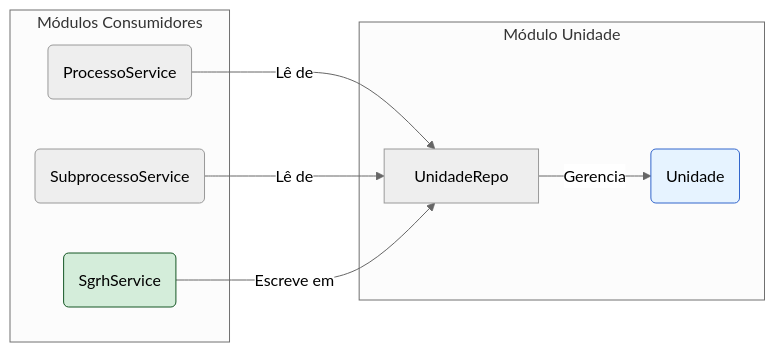
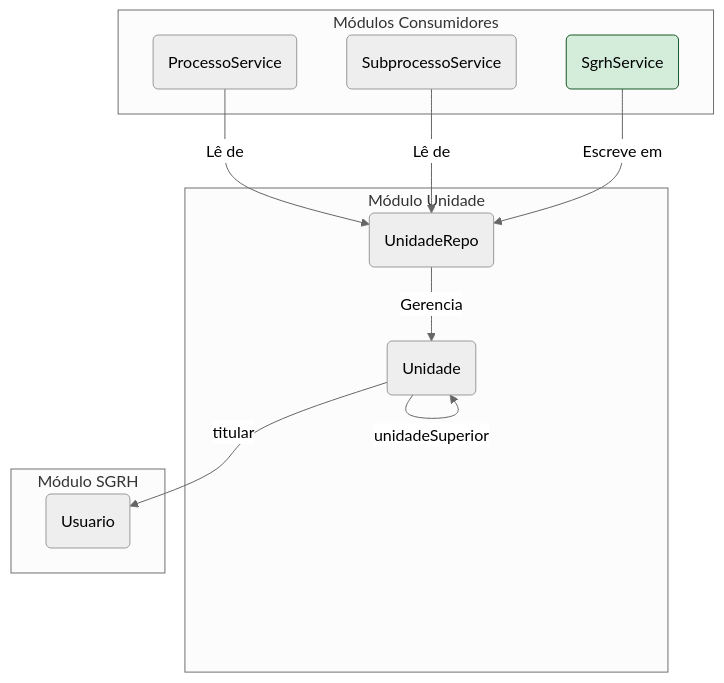
Before and after one commit to lgalvao/sgc: the diagram in backend/src/main/java/sgc/unidade/README.md, drawn with Mermaid (neutral theme). The commit also changed other lines of this file and 23 other files, not shown here.

First line of the commit message:
docs: Update all backend READMEs and add Mermaid diagrams

````diff
--- a/backend/src/main/java/sgc/unidade/README.md
+++ b/backend/src/main/java/sgc/unidade/README.md
@@ -41,22 +23,28 @@
 ```mermaid
-graph LR
+graph TD
     subgraph "Módulo Unidade"
-        A(Unidade)
-        B[UnidadeRepo]
+        Unidade(Unidade)
+        UnidadeRepo(UnidadeRepo)
     end
 
     subgraph "Módulos Consumidores"
-        C(ProcessoService)
-        D(SubprocessoService)
-        E(SgrhService)
+        ProcessoService(ProcessoService)
+        SubprocessoService(SubprocessoService)
+        SgrhService(SgrhService)
     end
 
-    C -- Lê de --> B
-    D -- Lê de --> B
-    E -- Escreve em --> B
+    subgraph "Módulo SGRH"
+        Usuario(Usuario)
+    end
 
-    B -- Gerencia --> A
+    Unidade -- "titular" --> Usuario
+    Unidade -- "unidadeSuperior" --> Unidade
 
-    style A fill:#e6f3ff,stroke:#36c
-    style E fill:#d4edda,stroke:#155724
+    ProcessoService -- Lê de --> UnidadeRepo
+    SubprocessoService -- Lê de --> UnidadeRepo
+    SgrhService -- Escreve em --> UnidadeRepo
+
+    UnidadeRepo -- Gerencia --> Unidade
+
+    style SgrhService fill:#d4edda,stroke:#155724
 ```
````
